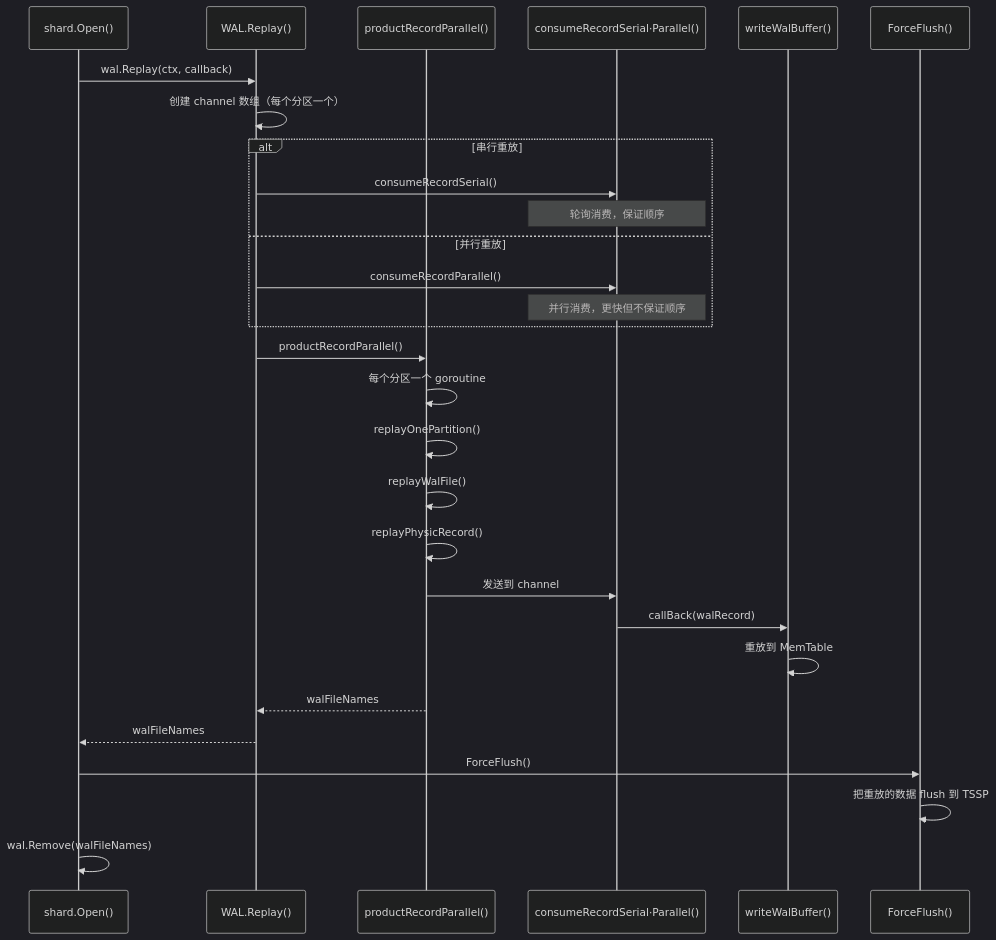
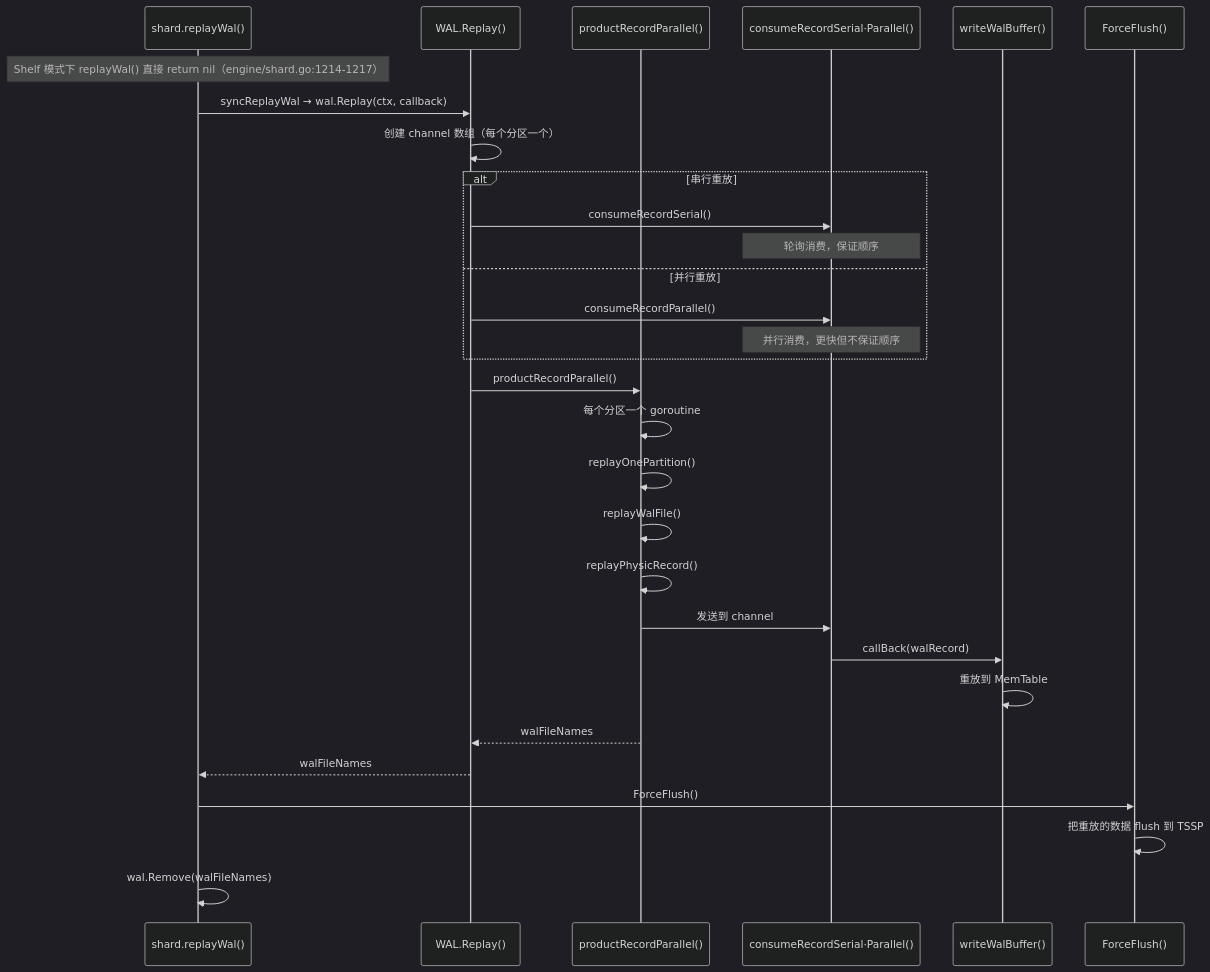
One commit to stefanv5/openGemini changed diagram 12 of 14 in docs/specs/01_write_engine_spec.md. Above: the diagram before and after it, drawn with Mermaid (dark theme). The commit also changed other lines of this file and 37 other files, not shown here.

````diff
--- a/docs/specs/01_write_engine_spec.md
+++ b/docs/specs/01_write_engine_spec.md
@@ -1799,37 +1855,38 @@
 ```mermaid
 sequenceDiagram
-    participant Start as shard.Open()
+    participant Start as shard.replayWal()
     participant Replay as WAL.Replay()
     participant Product as productRecordParallel()
     participant Consume as consumeRecordSerial·Parallel()
     participant Callback as writeWalBuffer()
     participant Force as ForceFlush()
 
-    Start->>Replay: wal.Replay(ctx, callback)
+    Note over Start: Shelf 模式下 replayWal() 直接 return nil（engine/shard.go:1214-1217）
+    Start->>Replay: syncReplayWal → wal.Replay(ctx, callback)
     Replay->>Replay: 创建 channel 数组（每个分区一个）
 
     alt 串行重放
         Replay->>Consume: consumeRecordSerial()
         Note over Consume: 轮询消费，保证顺序
     else 并行重放
         Replay->>Consume: consumeRecordParallel()
         Note over Consume: 并行消费，更快但不保证顺序
     end
 
     Replay->>Product: productRecordParallel()
     Product->>Product: 每个分区一个 goroutine
     Product->>Product: replayOnePartition()
     Product->>Product: replayWalFile()
     Product->>Product: replayPhysicRecord()
 
     Product->>Consume: 发送到 channel
     Consume->>Callback: callBack(walRecord)
     Callback->>Callback: 重放到 MemTable
 
     Product-->>Replay: walFileNames
     Replay-->>Start: walFileNames
 
     Start->>Force: ForceFlush()
     Force->>Force: 把重放的数据 flush 到 TSSP
     Start->>Start: wal.Remove(walFileNames)
 ```
````
